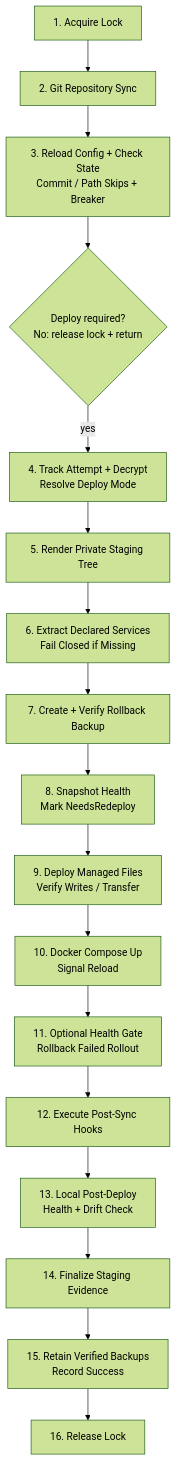
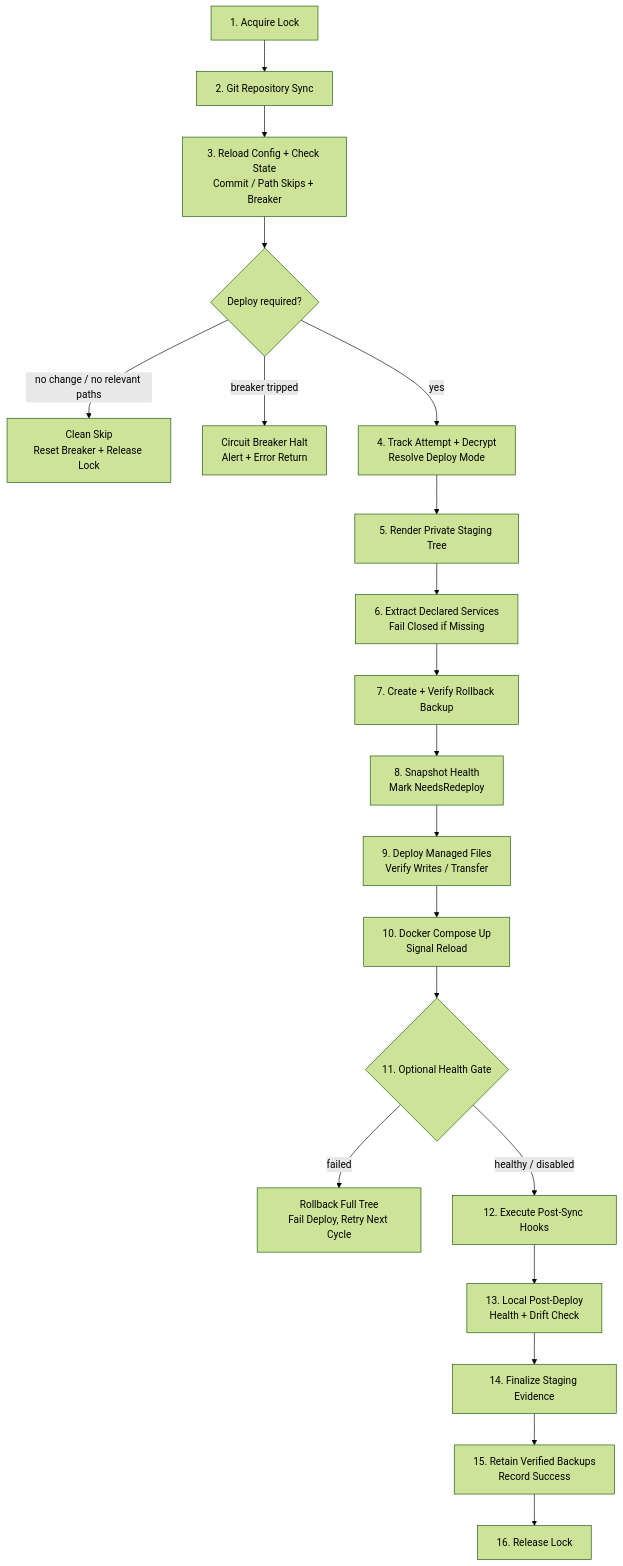
One commit to cameronsjo/bosun changed the diagram in docs/diagrams/reconcile-pipeline.mmd. Above: the diagram before and after it, drawn with Mermaid (forest theme). The commit also changed 2 other files, not shown here.

Commit message:
docs(diagrams): make reconcile skip and health-gate failure paths explicit
Residuals from the 2026-08-26 code-read of Run(): the deploy gate's No-exit
is really two exits (clean skip with breaker reset vs circuit-breaker halt
with alert + error), and a health-gate failure returns before hooks/verify
rather than flowing through. Third residual (deploy-sync subgraph) declined
as label-covered. Onboard-skill step numbering unchanged.

Session-Name: calm-quill
Session-Id: d176ea4c-c463-4251-afcb-e497a611d682
Model: claude-fable-5
Harness: claude-code 2.1.247
Machine: cf6e768835c7

```diff
--- a/docs/diagrams/reconcile-pipeline.mmd
+++ b/docs/diagrams/reconcile-pipeline.mmd
@@ -1,17 +1,20 @@
 flowchart TD
     AcquireLock["1. Acquire Lock"] --> GitSync["2. Git Repository Sync"]
     GitSync --> LoadState["3. Reload Config + Check State<br/>Commit / Path Skips + Breaker"]
-    LoadState --> DeployGate{"Deploy required?<br/>No: release lock + return"}
+    LoadState --> DeployGate{"Deploy required?"}
+    DeployGate -->|"no change / no relevant paths"| CleanSkip["Clean Skip<br/>Reset Breaker + Release Lock"]
+    DeployGate -->|"breaker tripped"| BreakerHalt["Circuit Breaker Halt<br/>Alert + Error Return"]
     DeployGate -->|yes| Decrypt["4. Track Attempt + Decrypt<br/>Resolve Deploy Mode"]
     Decrypt --> Render["5. Render Private Staging Tree"]
     Render --> DeclaredState["6. Extract Declared Services<br/>Fail Closed if Missing"]
     DeclaredState --> Backup["7. Create + Verify Rollback Backup"]
     Backup --> Prepare["8. Snapshot Health<br/>Mark NeedsRedeploy"]
     Prepare --> Deploy["9. Deploy Managed Files<br/>Verify Writes / Transfer"]
     Deploy --> Compose["10. Docker Compose Up<br/>Signal Reload"]
-    Compose --> HealthGate["11. Optional Health Gate<br/>Rollback Failed Rollout"]
-    HealthGate --> Hooks["12. Execute Post-Sync Hooks"]
+    Compose --> HealthGate{"11. Optional Health Gate"}
+    HealthGate -->|"failed"| GateFail["Rollback Full Tree<br/>Fail Deploy, Retry Next Cycle"]
+    HealthGate -->|"healthy / disabled"| Hooks["12. Execute Post-Sync Hooks"]
     Hooks --> Verify["13. Local Post-Deploy<br/>Health + Drift Check"]
     Verify --> Cleanup["14. Finalize Staging Evidence"]
     Cleanup --> SaveState["15. Retain Verified Backups<br/>Record Success"]
     SaveState --> ReleaseLock["16. Release Lock"]
```
